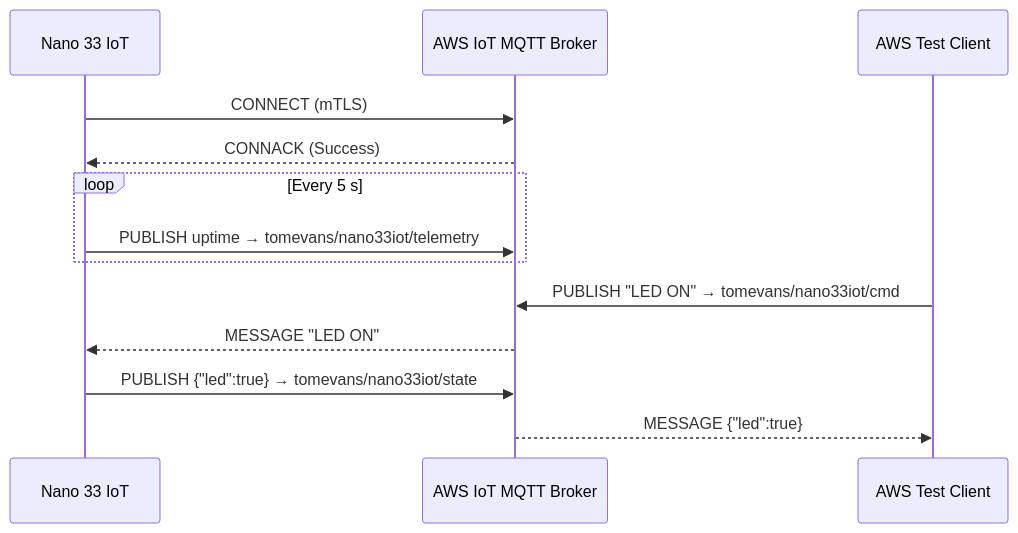
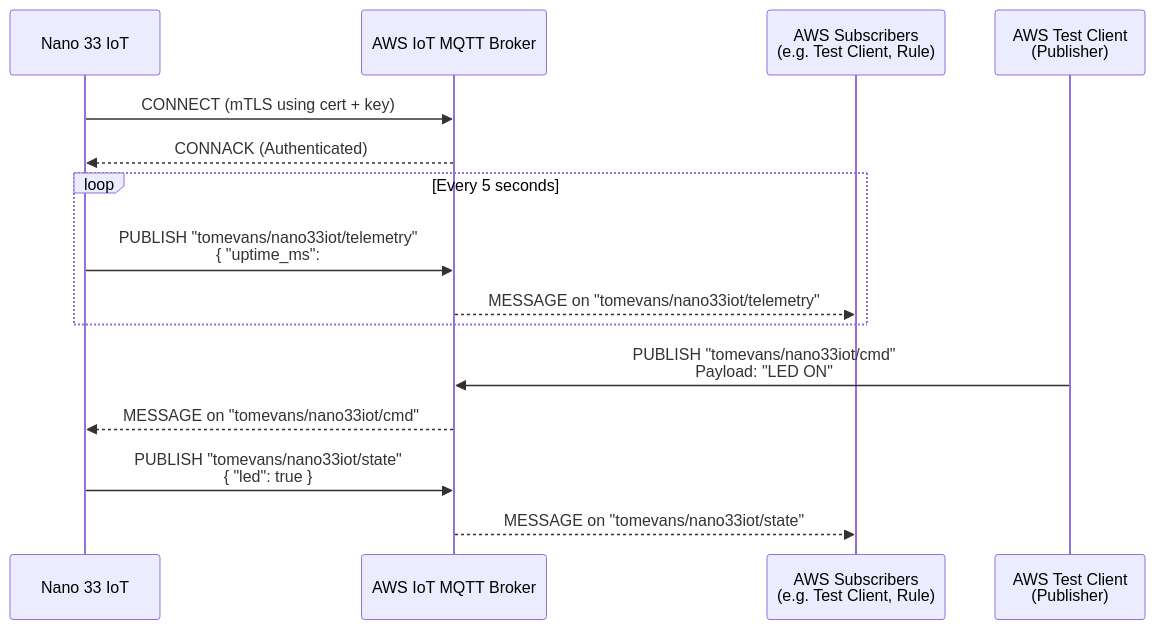
Before and after one commit to tomevans1975/Nano33IoT_AWS_MQTT_Demo: the second of 2 diagrams in README.md, drawn with Mermaid. The commit also changed 1 other file, not shown here.

````diff
--- a/README.md
+++ b/README.md
@@ -99,18 +99,26 @@
 ```mermaid
 sequenceDiagram
     participant Device as Nano 33 IoT
     participant Broker as AWS IoT MQTT Broker
-    participant Console as AWS Test Client
+    participant CloudSub as AWS Subscribers<br/>(e.g. Test Client, Rule)
+    participant CloudPub as AWS Test Client<br/>(Publisher)
 
-    Device->>Broker: CONNECT (mTLS)
-    Broker-->>Device: CONNACK (Success)
+    %% --- Connection phase ---
+    Device->>Broker: CONNECT (mTLS using cert + key)
+    Broker-->>Device: CONNACK (Authenticated)
 
-    loop Every 5 s
-        Device->>Broker: PUBLISH uptime → tomevans/nano33iot/telemetry
+    %% --- Periodic telemetry publish ---
+    loop Every 5 seconds
+        Device->>Broker: PUBLISH "tomevans/nano33iot/telemetry"<br/>{ "uptime_ms": #### }
+        Broker-->>CloudSub: MESSAGE on "tomevans/nano33iot/telemetry"
     end
 
-    Console->>Broker: PUBLISH "LED ON" → tomevans/nano33iot/cmd
-    Broker-->>Device: MESSAGE "LED ON"
-    Device->>Broker: PUBLISH {"led":true} → tomevans/nano33iot/state
-    Broker-->>Console: MESSAGE {"led":true}
+    %% --- Command from AWS to device ---
+    CloudPub->>Broker: PUBLISH "tomevans/nano33iot/cmd"<br/>Payload: "LED ON"
+    Broker-->>Device: MESSAGE on "tomevans/nano33iot/cmd"
+
+    %% --- Device response and state update ---
+    Device->>Broker: PUBLISH "tomevans/nano33iot/state"<br/>{ "led": true }
+    Broker-->>CloudSub: MESSAGE on "tomevans/nano33iot/state"
+
 ```
````
